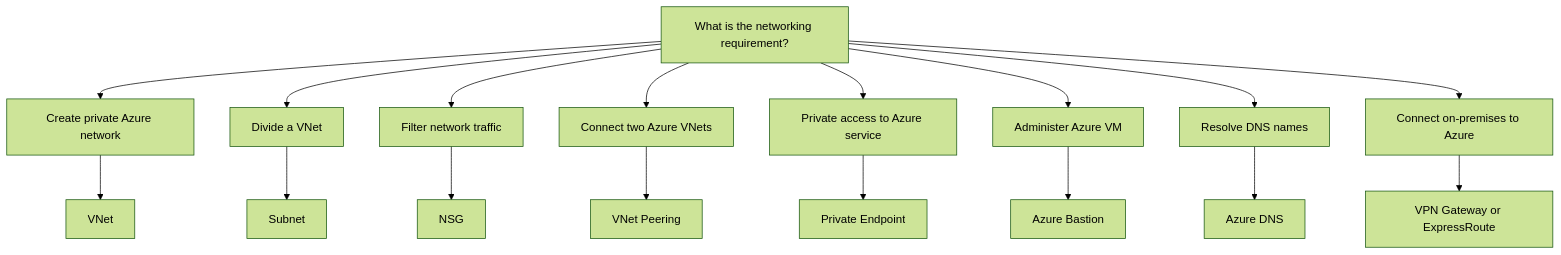
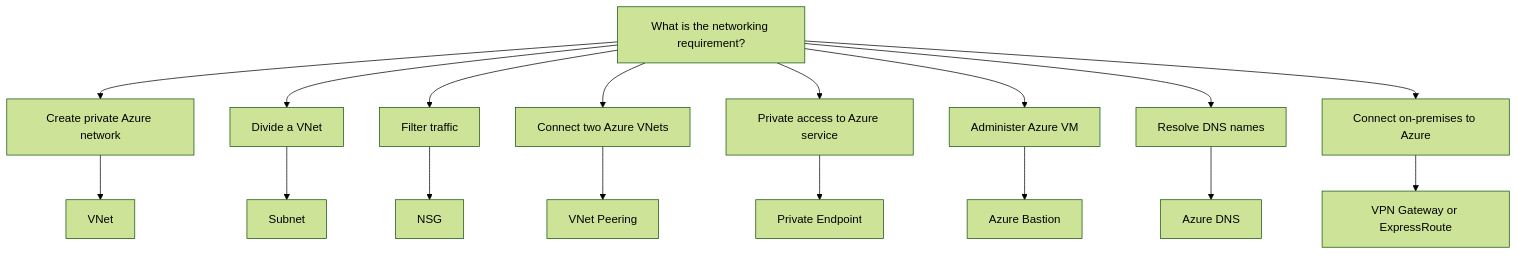
One commit to zhyordanova/azure-fundamentals-handbook changed the first of 4 diagrams in review/04-networking.md. Above: the diagram before and after it, drawn with Mermaid (forest theme). The commit also changed other lines of this file and 3 other files, not shown here.

Commit message:
refactor: streamline networking review and reduce diagram duplication

````diff
--- a/review/04-networking.md
+++ b/review/04-networking.md
@@ -16,23 +18,23 @@
 ```mermaid
 flowchart TD
 
     A["What is the networking requirement?"]
 
     A --> B["Create private Azure network"]
     A --> C["Divide a VNet"]
-    A --> D["Filter network traffic"]
+    A --> D["Filter traffic"]
     A --> E["Connect two Azure VNets"]
     A --> F["Private access to Azure service"]
     A --> G["Administer Azure VM"]
     A --> H["Resolve DNS names"]
     A --> I["Connect on-premises to Azure"]
 
     B --> B1["VNet"]
     C --> C1["Subnet"]
     D --> D1["NSG"]
     E --> E1["VNet Peering"]
     F --> F1["Private Endpoint"]
     G --> G1["Azure Bastion"]
     H --> H1["Azure DNS"]
     I --> I1["VPN Gateway or ExpressRoute"]
 ```
````
